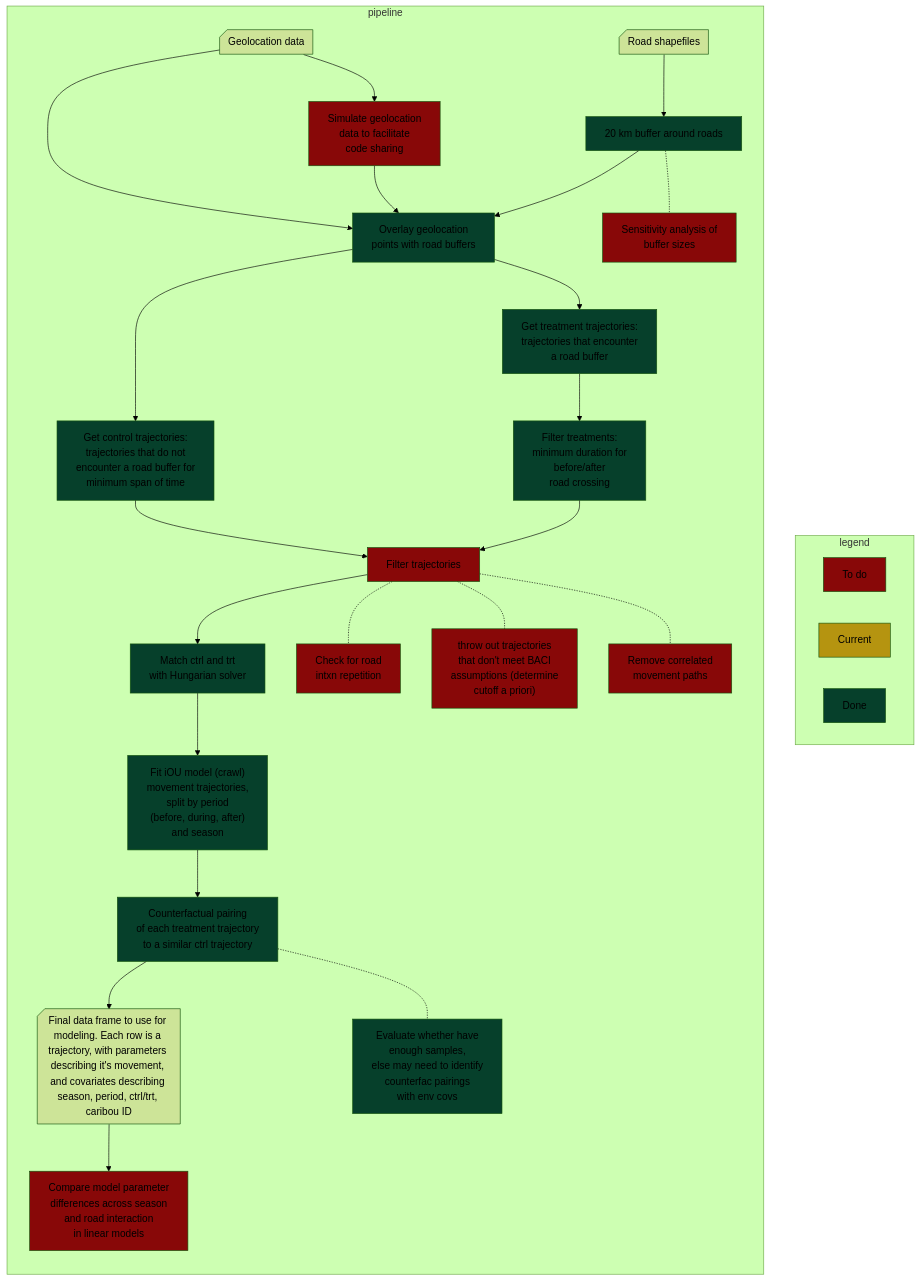
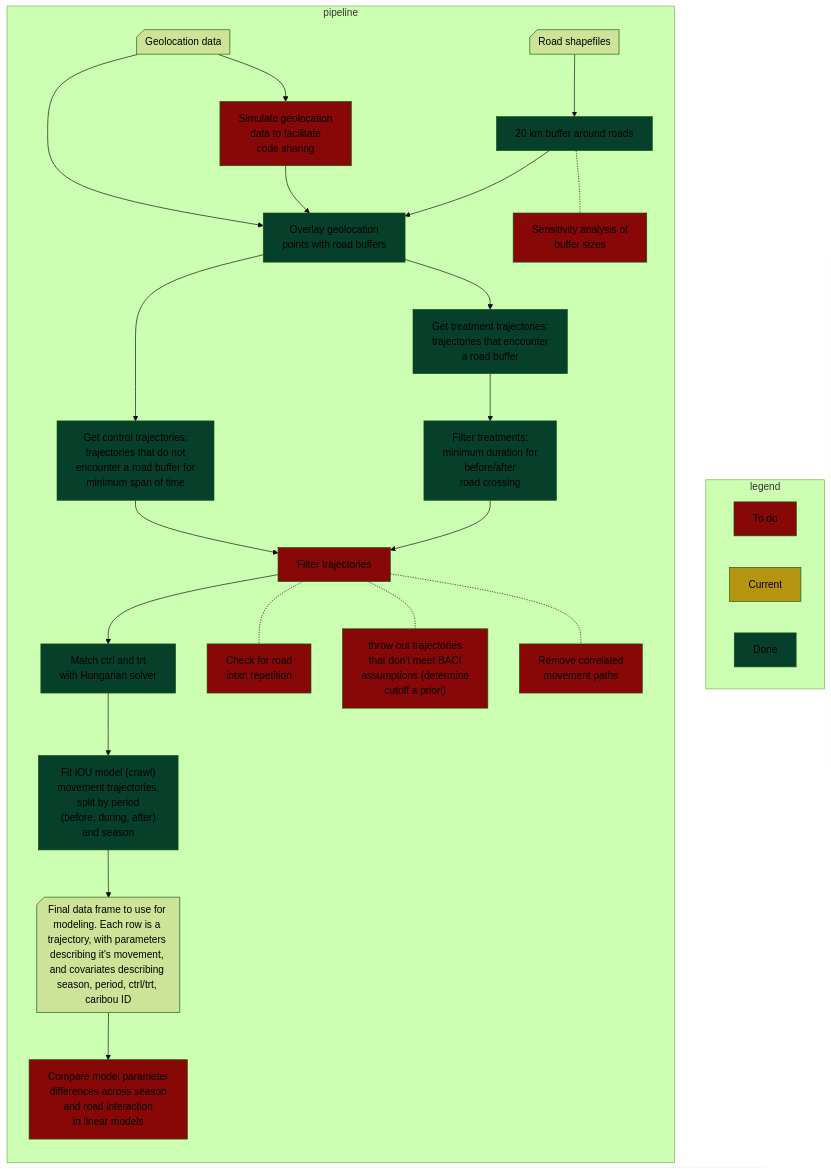
The diagram in Documents/mvBACIpipeline.mmd (kchalkowski/MvBACI), drawn with Mermaid (forest theme) before and after one commit. The commit also changed 2 other files, not shown here.

```diff
--- a/Documents/mvBACIpipeline.mmd
+++ b/Documents/mvBACIpipeline.mmd
@@ -1,67 +1,63 @@
 ---
 config:
   flowchart:
     htmlLabels: false
 ---
 
 
 flowchart TB
 subgraph legend
 	direction LR
     todo["`To do`"]:::todo
     current["`Current`"]:::current
     done["`Done`"]:::done
 	end
 	subgraph pipeline
 	direction TB
 		geolocdat["`Geolocation data`"]
 		roaddat["`Road shapefiles`"]
 		roadbuff["`20 km buffer around roads`"]
 		overlay["`Overlay geolocation <br> points with road buffers`"]
 		procdata["`Get treatment trajectories: <br> trajectories that encounter <br> a road buffer`"]
 		procdatact["`Get control trajectories: <br> trajectories that do not <br> encounter a road buffer for <br> minimum span of time`"]
 		filterdata["`Filter treatments: <br> minimum duration for <br> before/after <br> road crossing`"]
     OUmod["`Fit iOU model (crawl) <br> movement trajectories, <br> split by period <br> (before, during, after) <br> and season`"]
-    counterfac["`Counterfactual pairing <br> of each treatment trajectory <br> to a similar ctrl trajectory`"]
     BACIfilter["`throw out trajectories <br> that don't meet BACI <br> assumptions (determine <br> cutoff a priori)`"]
     Linearmodels["`Compare model parameter <br> differences across season <br> and road interaction <br> in linear models`"]
 		buffersens["`Sensitivity analysis of <br> buffer sizes`"]
-		countfacsample["`Evaluate whether have <br>enough samples,<br> else may need to identify<br> counterfac pairings <br>with env covs`"]		
     simdata["`Simulate geolocation <br> data to facilitate <br>code sharing`"]
     corrfilter["`Remove correlated <br>movement paths`"]
     analys["`Final data frame to use for modeling. Each row is a trajectory, with parameters describing it's movement, and covariates describing season, period, ctrl/trt, caribou ID`"]
     filterpairs["`Filter trajectories`"]
     Hungarian["`Match ctrl and trt<br> with Hungarian solver`"]
     checkpseudo["`Check for road <br>intxn repetition`"]
     
     geolocdat@{ shape: notch-rect }
     roaddat@{ shape: notch-rect }
     analys@{ shape: notch-rect }
     
     roadbuff-.-buffersens:::todo
-    counterfac-.-countfacsample:::done
     filterpairs-.-corrfilter:::todo
     filterpairs-.-BACIfilter:::todo
     filterpairs-.-checkpseudo:::todo
 
     geolocdat--> simdata:::todo
     simdata --> overlay    
     roaddat --> roadbuff:::done
 		roadbuff --> overlay:::done
 		geolocdat --> overlay
     overlay --> procdata:::done
     overlay --> procdatact:::done
     procdata --> filterdata:::done
     procdatact --> filterpairs:::todo
     filterdata --> filterpairs
     filterpairs --> Hungarian:::done
     Hungarian --> OUmod:::done
-    OUmod --> counterfac:::done
-    counterfac --> analys
+    OUmod --> analys
     analys --> Linearmodels:::todo
     
     end
     
     classDef todo fill:#880808
     classDef current fill:#B59410
     classDef done fill:#06402B
```
